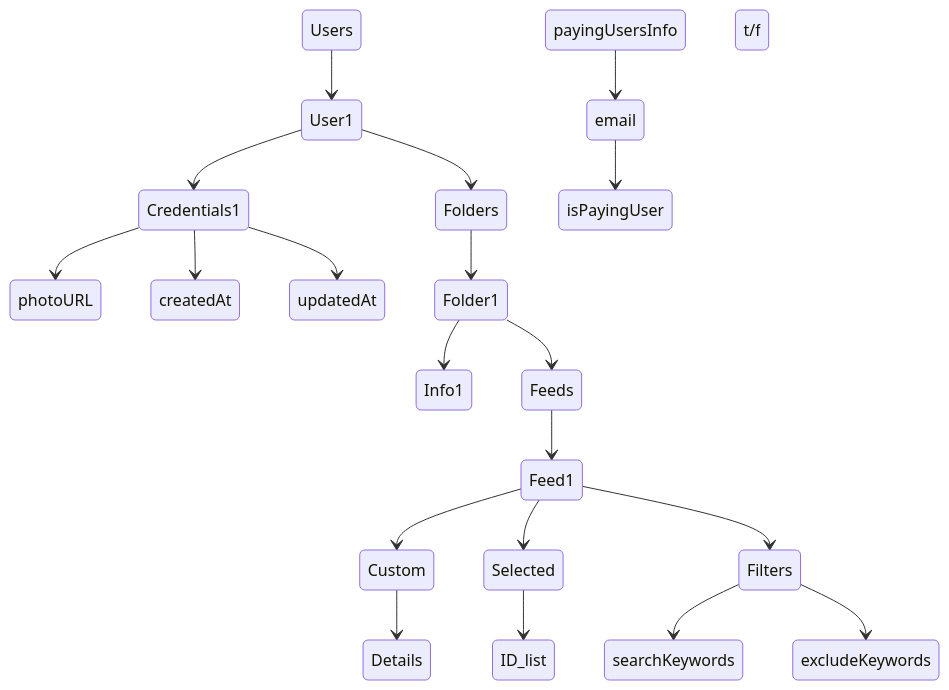
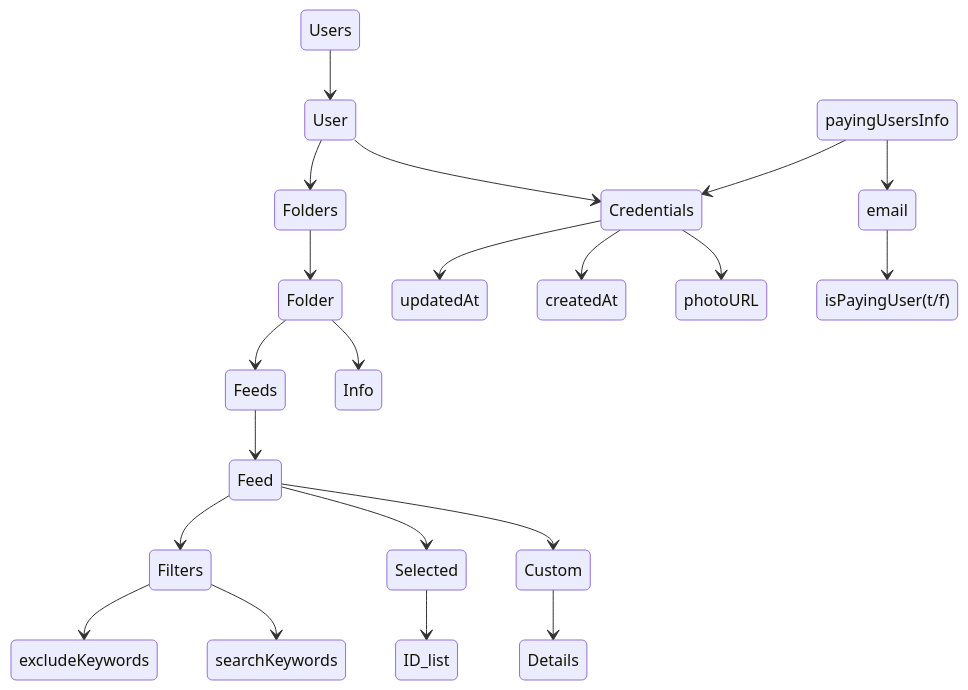
Before and after one commit to Sharpness-B/live-news-feed: the first of 2 diagrams in README.md, drawn with Mermaid.

````diff
--- a/README.md
+++ b/README.md
@@ -12,22 +12,23 @@
   ```mermaid
   stateDiagram
-  Users --> User1
-  User1 --> Credentials1
-  Credentials1 --> photoURL
-  Credentials1 --> createdAt
-  Credentials1 --> updatedAt
-  User1 --> Folders
-  Folders --> Folder1
-  Folder1 --> Info1
-  Folder1 --> Feeds
-  Feeds --> Feed1
-  Feed1 --> Custom
+  Users --> User
+  User --> Credentials
+  Credentials --> photoURL
+  Credentials --> createdAt
+  Credentials --> updatedAt
+  User --> Folders
+  Folders --> Folder
+  Folder --> Info
+  Folder --> Feeds
+  Feeds --> Feed
+  Feed --> Custom
   Custom --> Details
-  Feed1 --> Selected
+  Feed --> Selected
   Selected --> ID_list
-  Feed1 --> Filters
+  Feed --> Filters
   Filters --> searchKeywords
   Filters --> excludeKeywords
   payingUsersInfo --> email
-  email --> isPayingUser t/f
+  payingUsersInfo --> Credentials
+  email --> isPayingUser(t/f)
   ```
````
